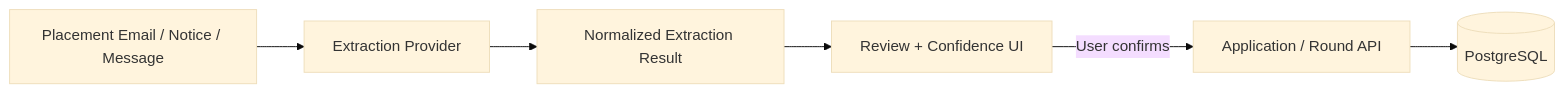
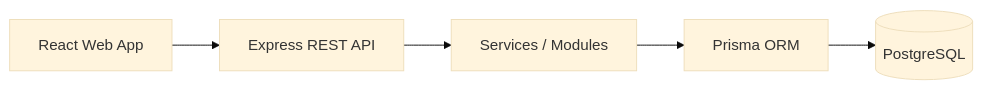
One commit to GaliAkshatha/suzume changed the diagram in README.md. Above: the diagram before and after it, drawn with Mermaid (base theme). The commit also changed other lines of this file, not shown here.

````diff
--- a/README.md
+++ b/README.md
@@ -107,15 +58,7 @@
 ```mermaid
 flowchart LR
-    T[Placement Email / Notice / Message]
-    E[Extraction Provider]
-    N[Normalized Extraction Result]
-    V[Review + Confidence UI]
-    A[Application / Round API]
-    D[(PostgreSQL)]
-
-    T --> E
-    E --> N
-    N --> V
-    V -->|User confirms| A
-    A --> D
+    A[React Web App] --> B[Express REST API]
+    B --> C[Services / Modules]
+    C --> D[Prisma ORM]
+    D --> E[(PostgreSQL)]
 ```
````
